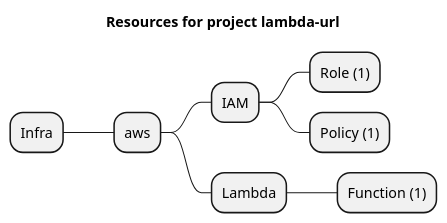
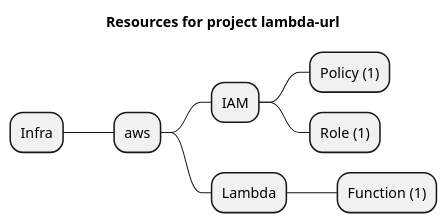
Before and after one commit to grucloud/grucloud: the diagram in examples/aws/Lambda/nodejs/lambda-url/artifacts/resources-mindmap.puml, drawn with PlantUML. The commit also changed other lines of this file and 202 other files, not shown here.

```diff
--- a/examples/aws/Lambda/nodejs/lambda-url/artifacts/resources-mindmap.puml
+++ b/examples/aws/Lambda/nodejs/lambda-url/artifacts/resources-mindmap.puml
@@ -1,11 +1,11 @@
 @startmindmap
 title Resources for project lambda-url
 skinparam monochrome true
 + Infra
 ++ aws
 +++ IAM
+++++ Policy (1)
 ++++ Role (1)
-++++ Policy (1)
 +++ Lambda
 ++++ Function (1)
 @endmindmap
```
